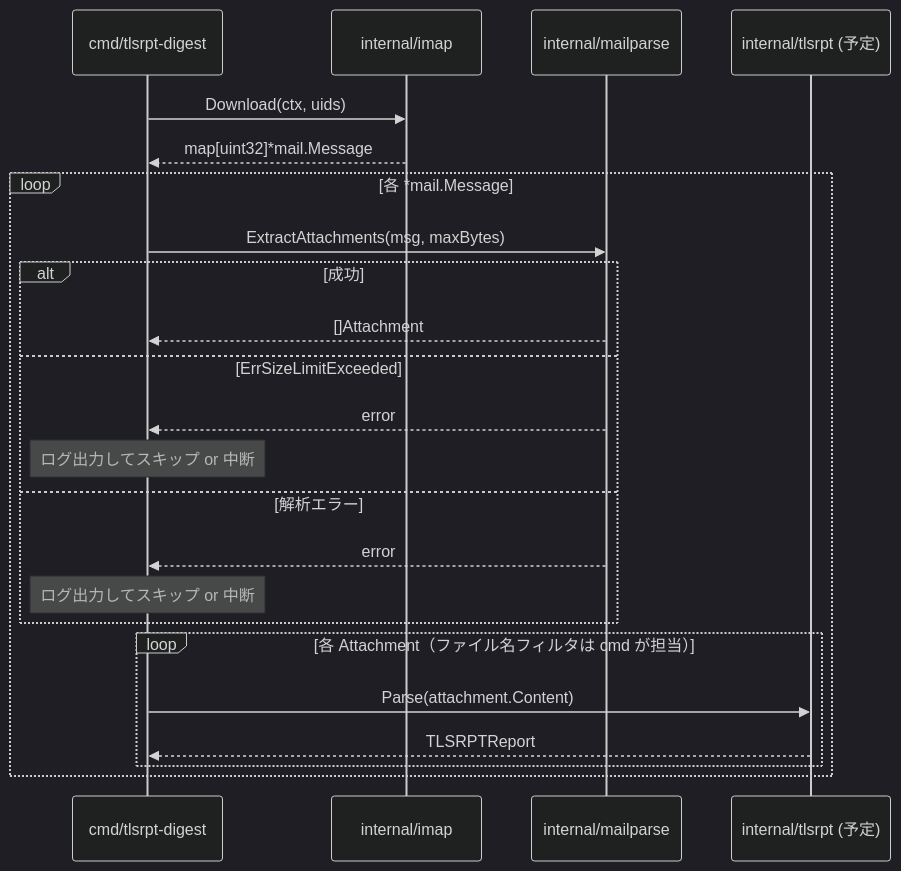
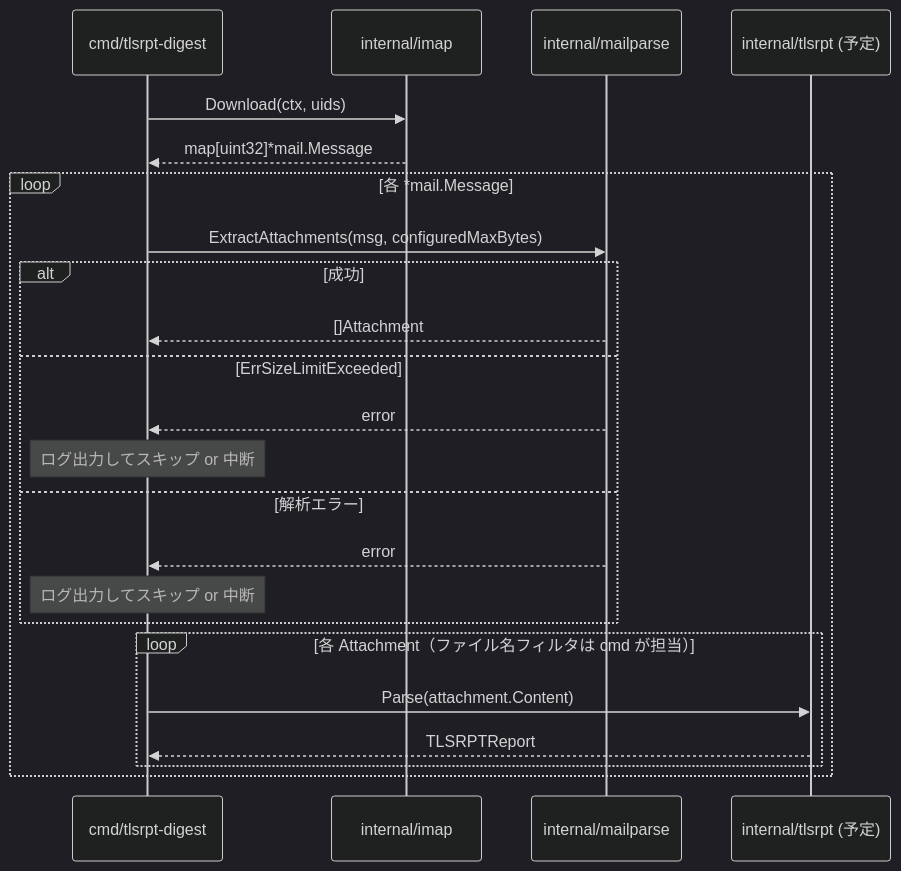
The sixth of 8 diagrams in docs/tasks/0011_mailparse/02_architecture.md (isseis/tlsrpt-digest), drawn with Mermaid (dark theme) before and after one commit. The commit also changed other lines of this file, not shown here.

First line of the commit message:
docs: clarify maxBytes semantics and error message format in mailparse architecture

````diff
--- a/docs/tasks/0011_mailparse/02_architecture.md
+++ b/docs/tasks/0011_mailparse/02_architecture.md
@@ -187,28 +187,28 @@
 ```mermaid
 sequenceDiagram
     participant cmd as cmd/tlsrpt-digest
     participant imap as internal/imap
     participant mp as internal/mailparse
     participant tlsrpt as internal/tlsrpt (予定)
 
     cmd->>imap: Download(ctx, uids)
     imap-->>cmd: map[uint32]*mail.Message
 
     loop 各 *mail.Message
-        cmd->>mp: ExtractAttachments(msg, maxBytes)
+        cmd->>mp: ExtractAttachments(msg, configuredMaxBytes)
         alt 成功
             mp-->>cmd: []Attachment
         else ErrSizeLimitExceeded
             mp-->>cmd: error
             Note over cmd: ログ出力してスキップ or 中断
         else 解析エラー
             mp-->>cmd: error
             Note over cmd: ログ出力してスキップ or 中断
         end
 
         loop 各 Attachment（ファイル名フィルタは cmd が担当）
             cmd->>tlsrpt: Parse(attachment.Content)
             tlsrpt-->>cmd: TLSRPTReport
         end
     end
 ```
````
